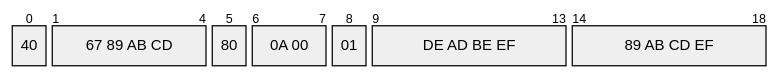
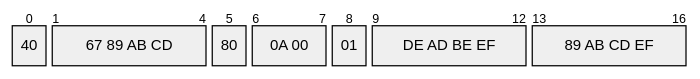
The third of 7 diagrams in README.md (juanjin-dev/learning-lorawan), drawn with Mermaid before and after one commit. The commit also changed other lines of this file, not shown here.

````diff
--- a/README.md
+++ b/README.md
@@ -636,10 +636,10 @@
 ```mermaid
 packet
 0: "40"
 1-4: "67 89 AB CD"
 5: "80"
 6-7: "0A 00"
 8: "01"
-9-13: "DE AD BE EF"
-14-18: "89 AB CD EF"
+9-12: "DE AD BE EF"
+13-16: "89 AB CD EF"
 ```
````
